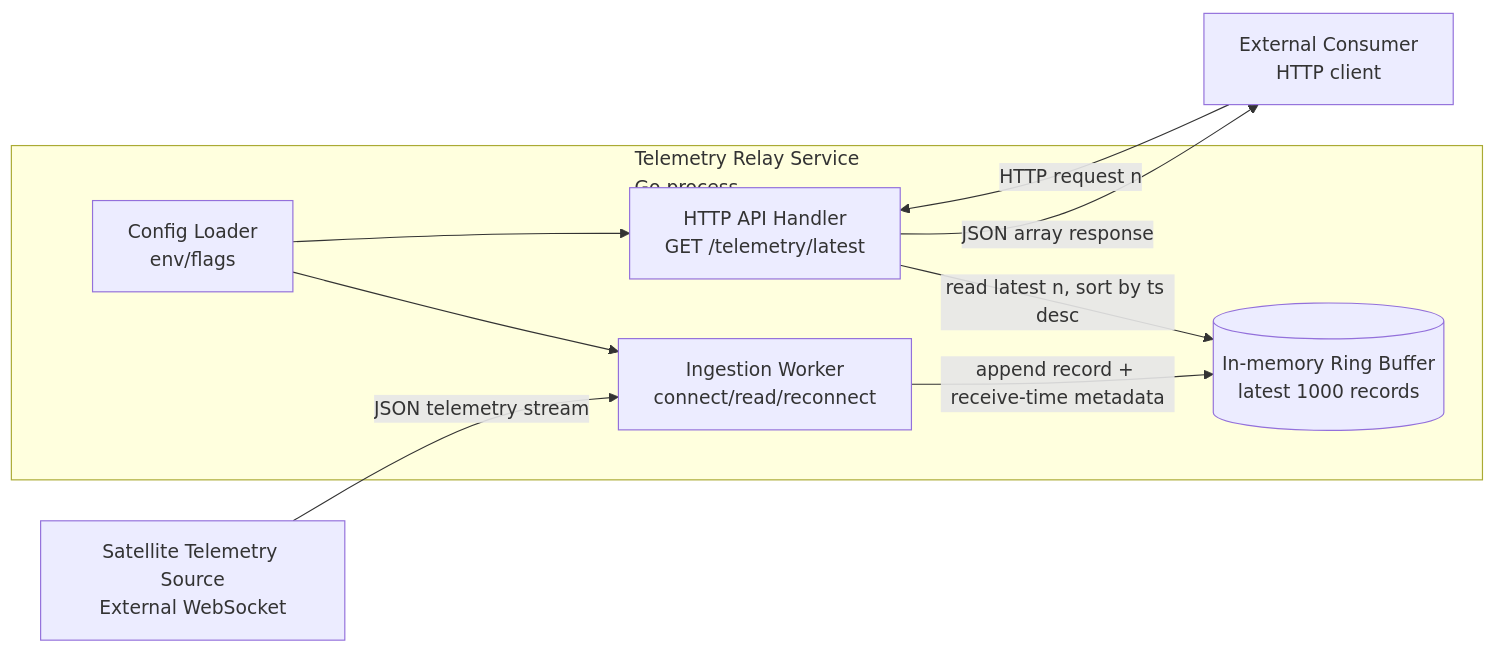
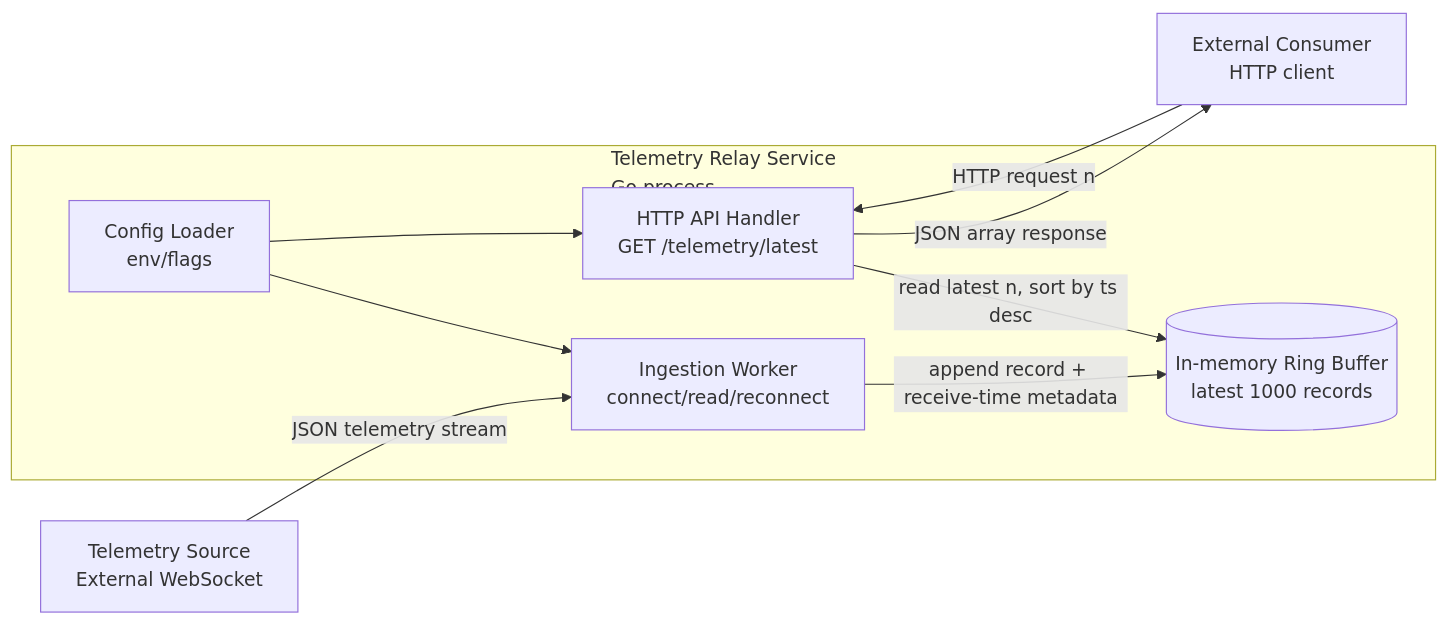
Before and after one commit to mfloriach/telemetry-service: the diagram in openspec/changes/archive/2026-11-16-telemetry-http-api/design.md, drawn with Mermaid. The commit also changed other lines of this file and 17 other files, not shown here.

````diff
--- a/openspec/changes/archive/2026-11-16-telemetry-http-api/design.md
+++ b/openspec/changes/archive/2026-11-16-telemetry-http-api/design.md
@@ -13,19 +13,19 @@
 ```mermaid
 flowchart LR
-    Sat[Satellite Telemetry Source\nExternal WebSocket]
+    Sat[Telemetry Source\nExternal WebSocket]
     subgraph Svc[Telemetry Relay Service\nGo process]
       Ing[Ingestion Worker\nconnect/read/reconnect]
       Buf[(In-memory Ring Buffer\nlatest 1000 records)]
       API[HTTP API Handler\nGET /telemetry/latest]
       Cfg[Config Loader\nenv/flags]
       Cfg --> Ing
       Cfg --> API
       Ing -->|append record + receive-time metadata| Buf
       API -->|read latest n, sort by ts desc| Buf
     end
     Client[External Consumer\nHTTP client]
 
     Sat -->|JSON telemetry stream| Ing
     Client -->|HTTP request n| API
     API -->|JSON array response| Client
 ```
````
